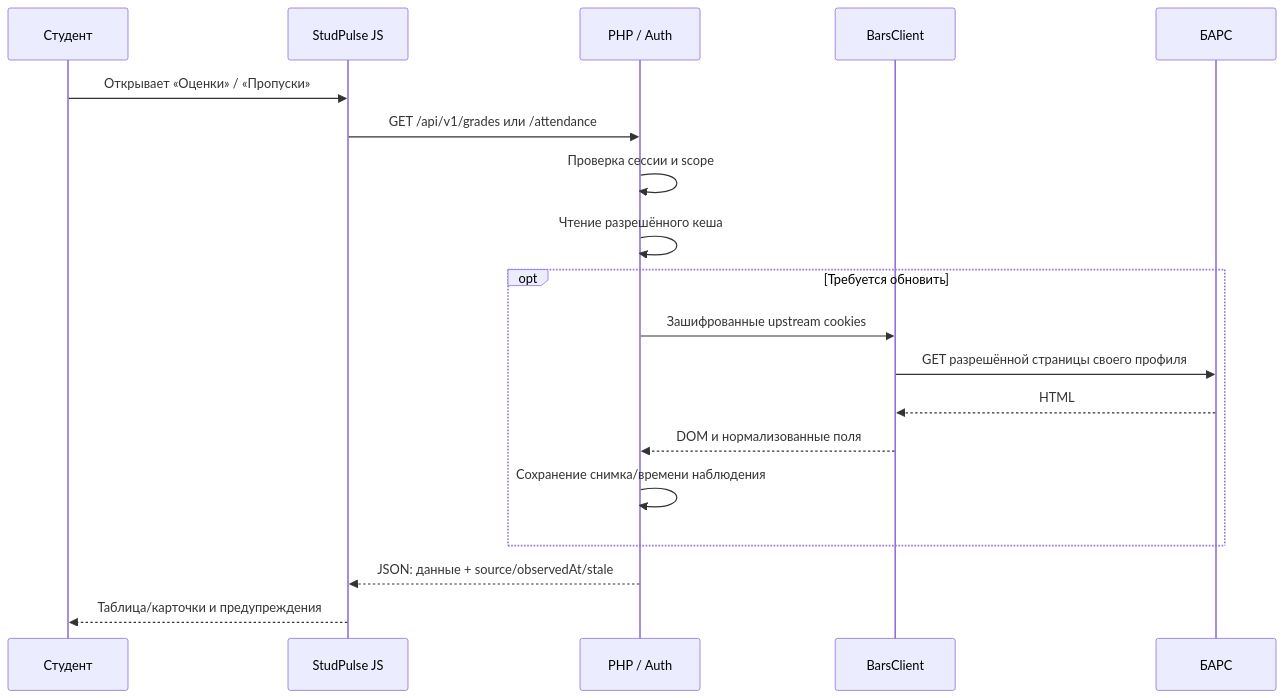
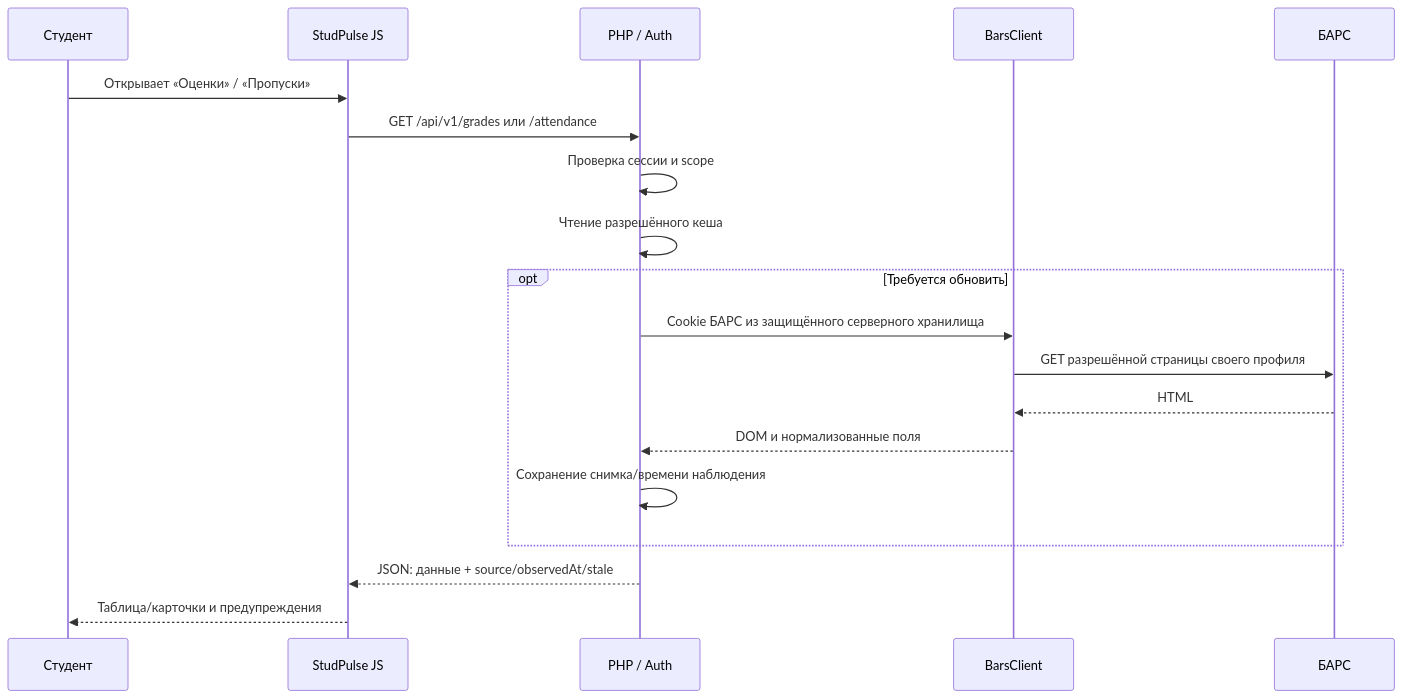
The second of 2 diagrams in README.md (QuestGuideRF/studpulse), drawn with Mermaid before and after one commit. The commit also changed other lines of this file and 68 other files, not shown here.

````diff
--- a/README.md
+++ b/README.md
@@ -309,21 +477,21 @@
 ```mermaid
 sequenceDiagram
     participant U as Студент
     participant F as StudPulse JS
     participant P as PHP / Auth
     participant C as BarsClient
     participant S as БАРС
     U->>F: Открывает «Оценки» / «Пропуски»
     F->>P: GET /api/v1/grades или /attendance
     P->>P: Проверка сессии и scope
     P->>P: Чтение разрешённого кеша
     opt Требуется обновить
-        P->>C: Зашифрованные upstream cookies
+        P->>C: Cookie БАРС из защищённого серверного хранилища
         C->>S: GET разрешённой страницы своего профиля
         S-->>C: HTML
         C-->>P: DOM и нормализованные поля
         P->>P: Сохранение снимка/времени наблюдения
     end
     P-->>F: JSON: данные + source/observedAt/stale
     F-->>U: Таблица/карточки и предупреждения
 ```
````
